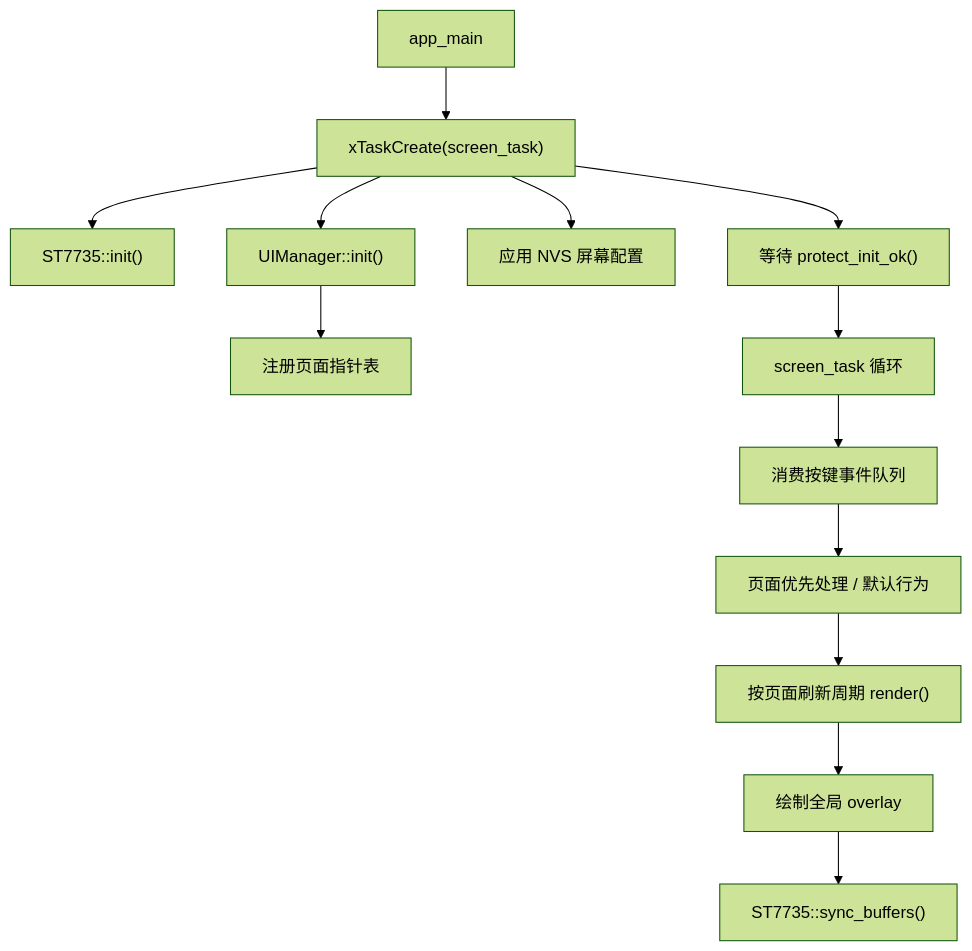
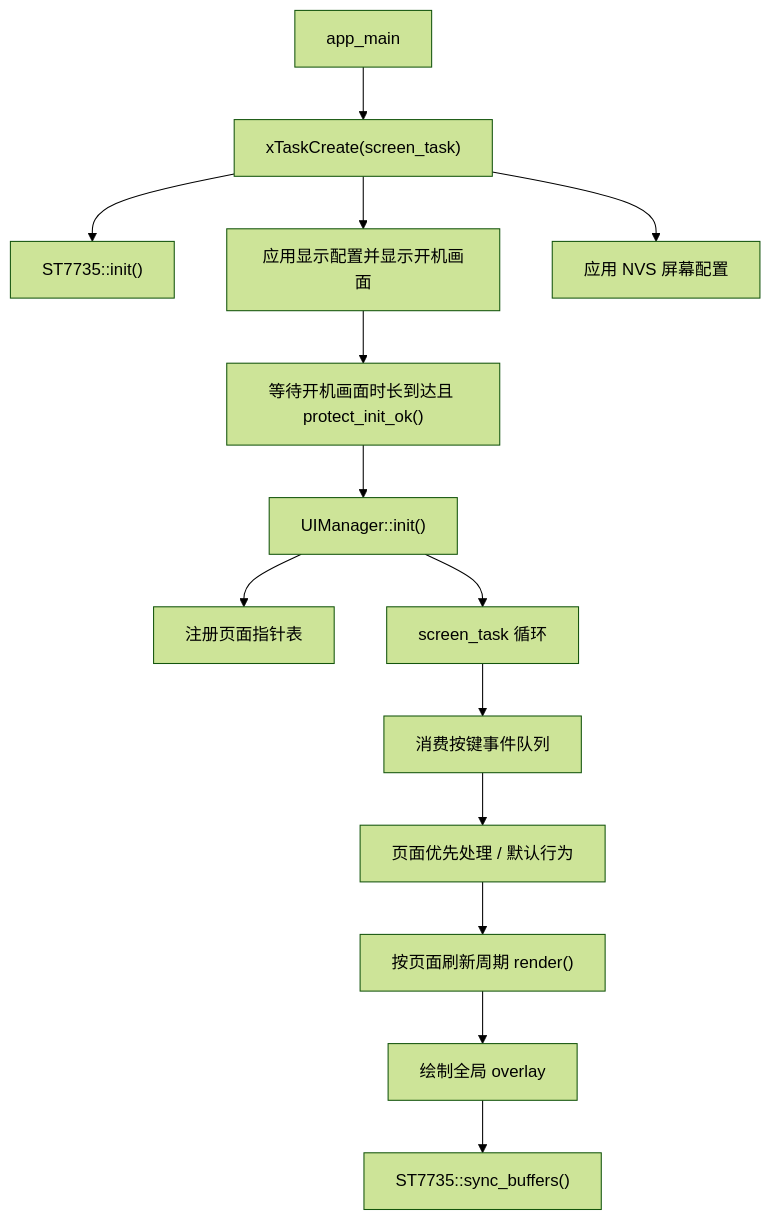
The first of 2 diagrams in components/app/screen/README.md (qingmeijiupiao/Wireless_power_meter_lite), drawn with Mermaid (forest theme) before and after one commit. The commit also changed other lines of this file and 15 other files, not shown here.

First line of the commit message:
NEW：添加开机图片

````diff
--- a/components/app/screen/README.md
+++ b/components/app/screen/README.md
@@ -18,15 +19,16 @@
 ```mermaid
 flowchart TD
     App["app_main"] --> Task["xTaskCreate(screen_task)"]
     Task --> LCD["ST7735::init()"]
-    Task --> UI["UIManager::init()"]
+    Task --> Logo["应用显示配置并显示开机画面"]
+    Logo --> Ready["等待开机画面时长到达且 protect_init_ok()"]
+    Ready --> UI["UIManager::init()"]
     UI --> Pages["注册页面指针表"]
     Task --> Config["应用 NVS 屏幕配置"]
-    Task --> Protect["等待 protect_init_ok()"]
-    Protect --> Loop["screen_task 循环"]
+    UI --> Loop["screen_task 循环"]
     Loop --> Events["消费按键事件队列"]
     Events --> Dispatch["页面优先处理 / 默认行为"]
     Dispatch --> Render["按页面刷新周期 render()"]
     Render --> Overlay["绘制全局 overlay"]
     Overlay --> Sync["ST7735::sync_buffers()"]
 ```
````
